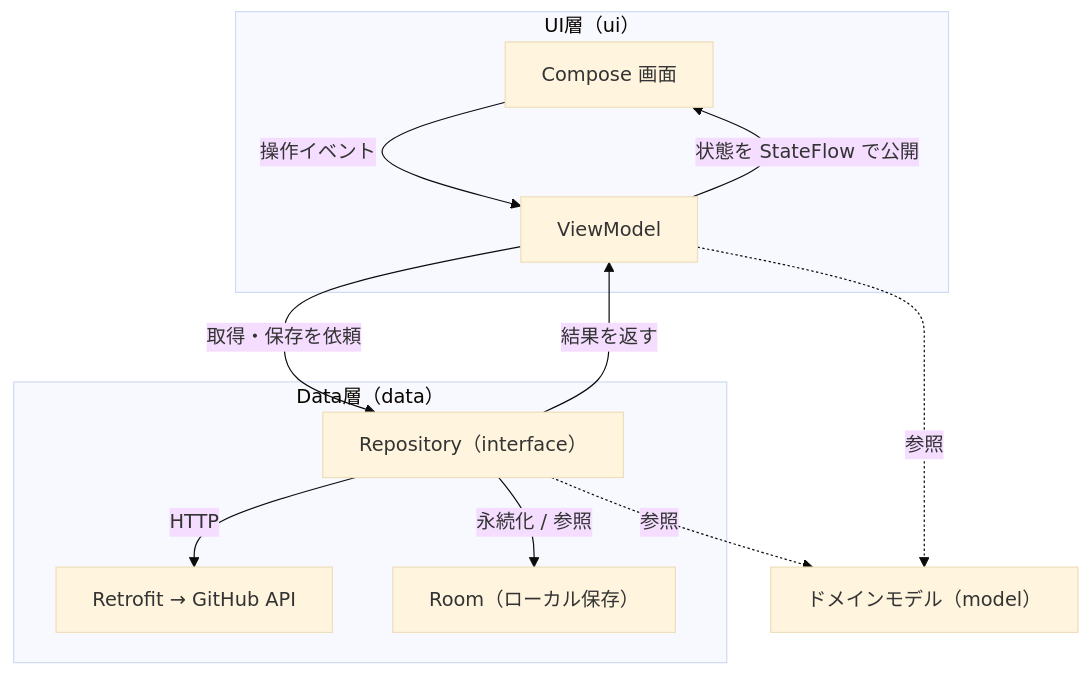
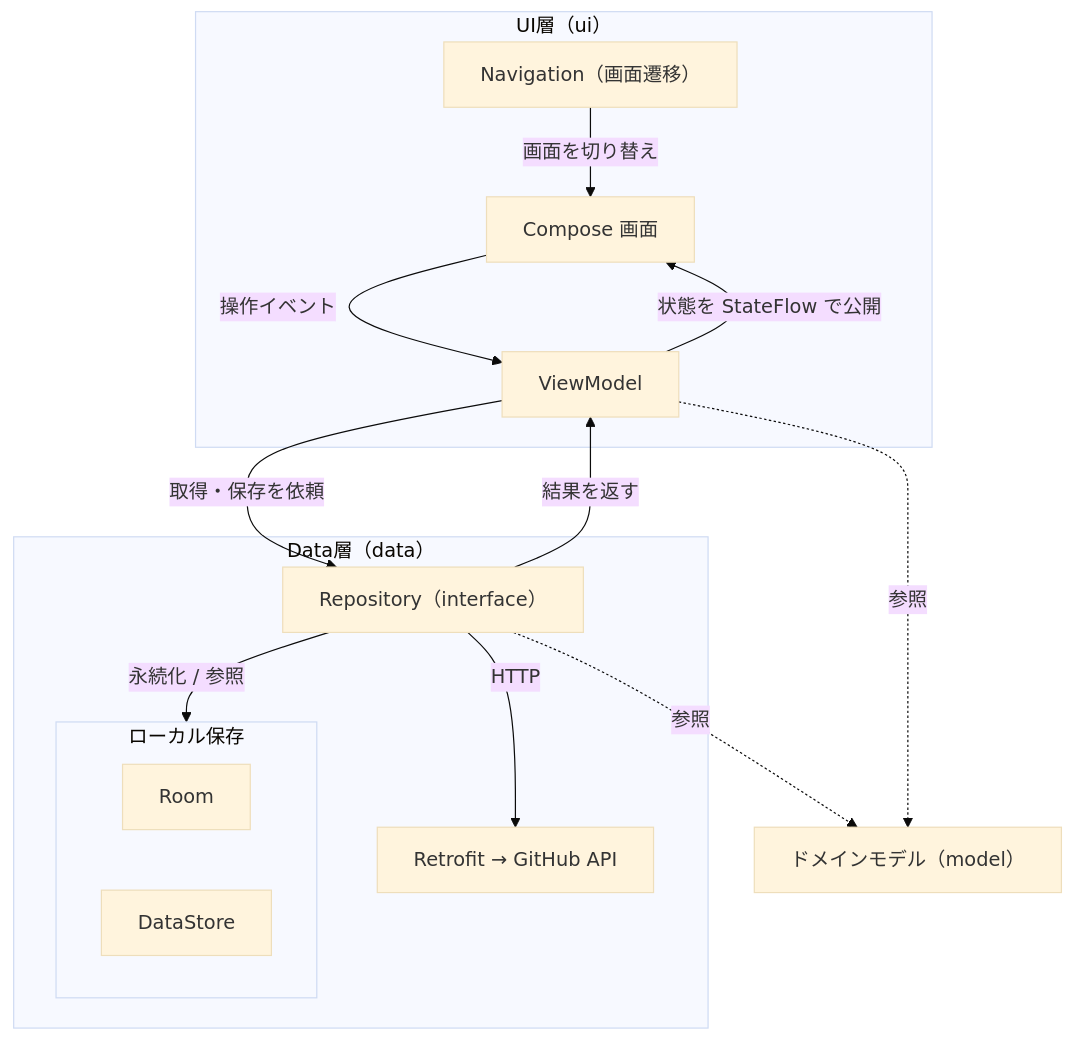
One commit to sakurasano/github-repo-search changed the diagram in README.md. Above: the diagram before and after it, drawn with Mermaid (base theme). The commit also changed other lines of this file and 1 other file, not shown here.

````diff
--- a/README.md
+++ b/README.md
@@ -53,25 +56,30 @@
 ```mermaid
 flowchart TB
     subgraph ui["UI層（ui）"]
+        nav["Navigation（画面遷移）"]
         screen["Compose 画面"]
         vm["ViewModel"]
     end
 
     subgraph data["Data層（data）"]
         repo["Repository（interface）"]
         remote["Retrofit → GitHub API"]
-        local["Room（ローカル保存）"]
+        subgraph local["ローカル保存"]
+            room["Room"]
+            store["DataStore"]
+        end
     end
 
     model["ドメインモデル（model）"]
 
+    nav -->|"画面を切り替え"| screen
     screen -->|"操作イベント"| vm
     vm -->|"状態を StateFlow で公開"| screen
     vm -->|"取得・保存を依頼"| repo
     repo -->|"結果を返す"| vm
     repo -->|"HTTP"| remote
     repo -->|"永続化 / 参照"| local
 
     vm -.->|"参照"| model
     repo -.->|"参照"| model
 ```
````
